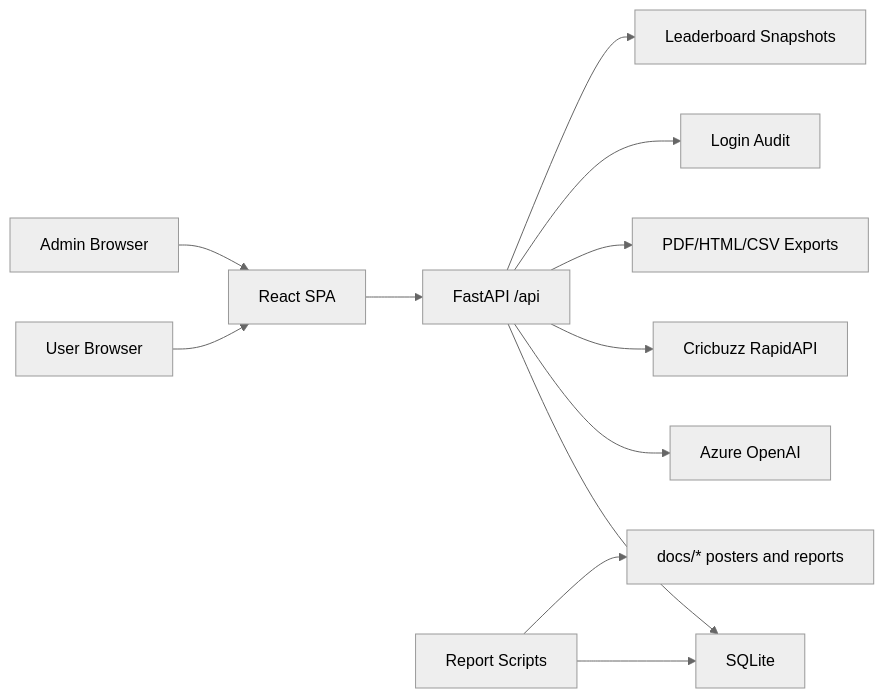
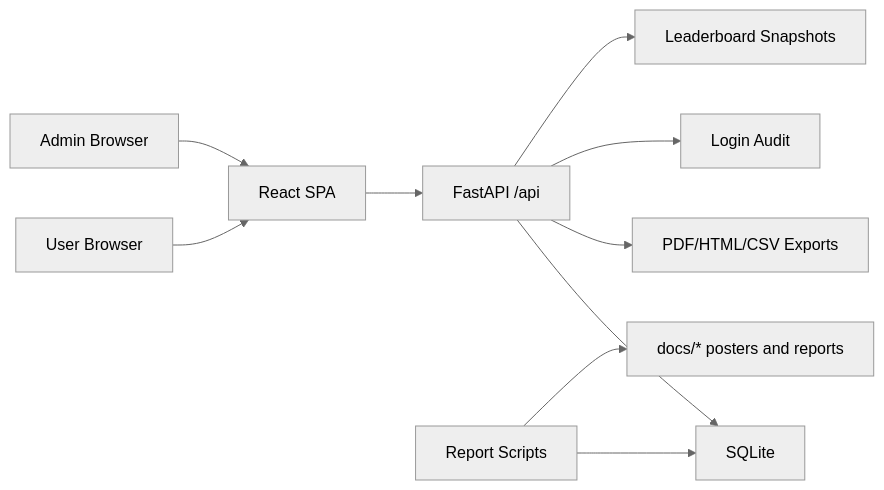
Before and after one commit to ankmohap/IFL_sqllite_public: the diagram in README.md, drawn with Mermaid (neutral theme). The commit also changed other lines of this file and 6 other files, not shown here.

````diff
--- a/README.md
+++ b/README.md
@@ -16,14 +16,12 @@
 ```mermaid
 flowchart LR
   U["User Browser"] --> FE["React SPA"]
   A["Admin Browser"] --> FE
   FE --> API["FastAPI /api"]
   API --> DB["SQLite"]
-  API --> AOAI["Azure OpenAI"]
-  API --> CB["Cricbuzz RapidAPI"]
   API --> EXP["PDF/HTML/CSV Exports"]
   API --> AUD["Login Audit"]
   API --> SNAP["Leaderboard Snapshots"]
   S["Report Scripts"] --> DB
   S --> DOCS["docs/* posters and reports"]
 ```
````
